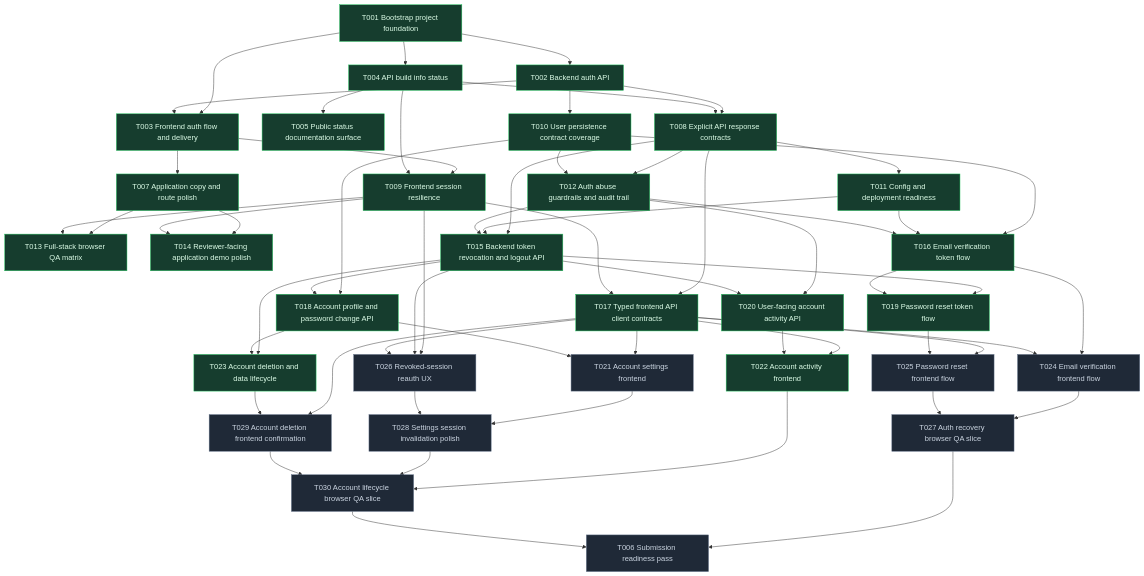
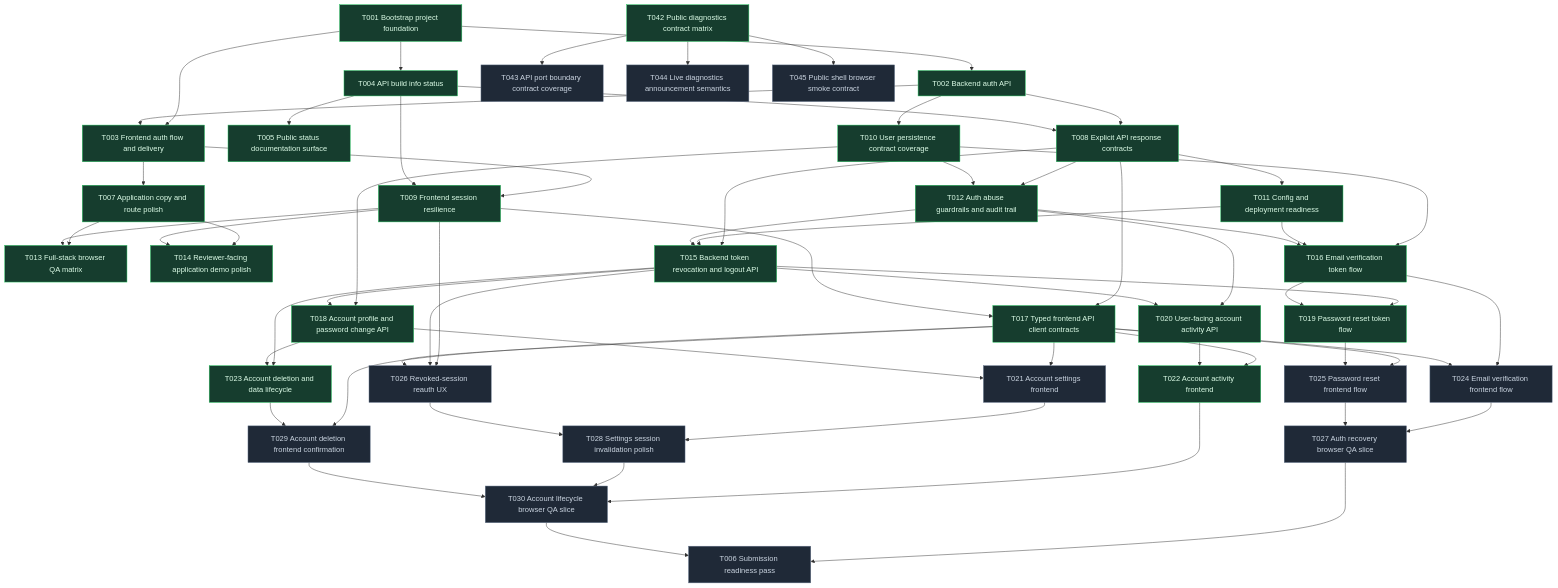
One commit to 0-sayed/easyGen changed the diagram in planning/roadmap/dependencies.mmd. Above: the diagram before and after it, drawn with Mermaid. The commit also changed 4 other files, not shown here.

```diff
--- a/planning/roadmap/dependencies.mmd
+++ b/planning/roadmap/dependencies.mmd
@@ -1,94 +1,108 @@
 flowchart TD
   T001["T001 Bootstrap project foundation"]
   T002["T002 Backend auth API"]
   T003["T003 Frontend auth flow and delivery"]
   T004["T004 API build info status"]
   T005["T005 Public status documentation surface"]
   T006["T006 Submission readiness pass"]
   T007["T007 Application copy and route polish"]
   T008["T008 Explicit API response contracts"]
   T009["T009 Frontend session resilience"]
   T010["T010 User persistence contract coverage"]
   T011["T011 Config and deployment readiness"]
   T012["T012 Auth abuse guardrails and audit trail"]
   T013["T013 Full-stack browser QA matrix"]
   T014["T014 Reviewer-facing application demo polish"]
   T015["T015 Backend token revocation and logout API"]
   T016["T016 Email verification token flow"]
   T017["T017 Typed frontend API client contracts"]
   T018["T018 Account profile and password change API"]
   T019["T019 Password reset token flow"]
   T020["T020 User-facing account activity API"]
   T021["T021 Account settings frontend"]
   T022["T022 Account activity frontend"]
   T023["T023 Account deletion and data lifecycle"]
   T024["T024 Email verification frontend flow"]
   T025["T025 Password reset frontend flow"]
   T026["T026 Revoked-session reauth UX"]
   T027["T027 Auth recovery browser QA slice"]
   T028["T028 Settings session invalidation polish"]
   T029["T029 Account deletion frontend confirmation"]
   T030["T030 Account lifecycle browser QA slice"]
+  T042["T042 Public diagnostics contract matrix"]
+  T043["T043 API port boundary contract coverage"]
+  T044["T044 Live diagnostics announcement semantics"]
+  T045["T045 Public shell browser smoke contract"]
 
   T001 --> T002
   T001 --> T003
   T002 --> T003
   T001 --> T004
   T004 --> T005
   T003 --> T007
   T002 --> T008
   T004 --> T008
   T003 --> T009
   T004 --> T009
   T002 --> T010
   T008 --> T011
   T008 --> T012
   T010 --> T012
   T007 --> T013
   T009 --> T013
   T007 --> T014
   T009 --> T014
   T008 --> T015
   T011 --> T015
   T012 --> T015
   T010 --> T016
   T011 --> T016
   T012 --> T016
   T008 --> T017
   T009 --> T017
   T010 --> T018
   T015 --> T018
   T015 --> T019
   T016 --> T019
   T012 --> T020
   T015 --> T020
   T017 --> T021
   T018 --> T021
   T017 --> T022
   T020 --> T022
   T015 --> T023
   T018 --> T023
   T016 --> T024
   T017 --> T024
   T017 --> T025
   T019 --> T025
   T009 --> T026
   T015 --> T026
   T017 --> T026
   T024 --> T027
   T025 --> T027
   T021 --> T028
   T026 --> T028
   T017 --> T029
   T023 --> T029
   T022 --> T030
   T028 --> T030
   T029 --> T030
   T027 --> T006
   T030 --> T006
+  T042 --> T043
+  T042 --> T044
+  T042 --> T045
 
   classDef done fill:#163d2e,stroke:#22c55e,color:#dcfce7;
   classDef pending fill:#1f2937,stroke:#64748b,color:#cbd5e1;
 
   class T001,T002,T003,T004,T005,T007,T008,T009,T010,T011,T012,T013,T014,T015,T016,T017,T018,T019,T020,T022,T023 done;
   class T006,T021,T024,T025,T026,T027,T028,T029,T030 pending;
+  class T042 done;
+
+  class T043 pending;
+
+  class T044 pending;
+
+  class T045 pending;
```
